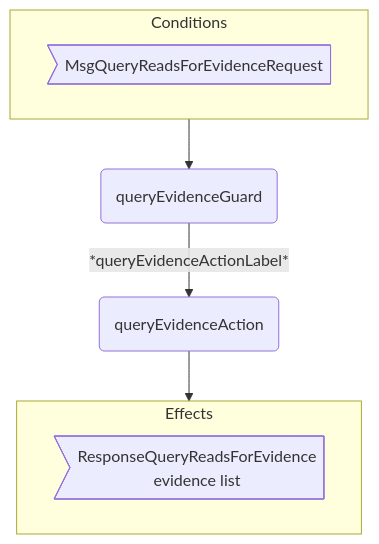
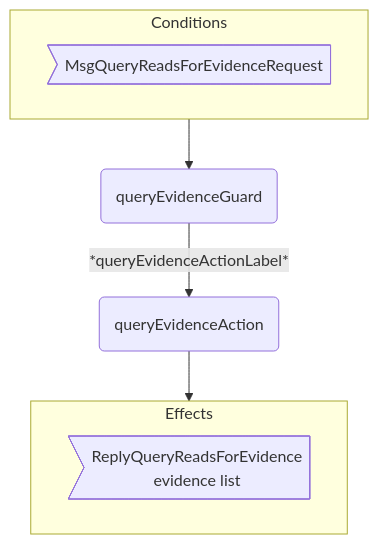
Before and after one commit to anoma/nspec: the third of 3 diagrams in docs/arch/node/engines/reads_for_behaviour.juvix.md, drawn with Mermaid. The commit also changed other lines of this file and 37 other files, not shown here.

Commit message:
Renamed all instances of "Response" to "Reply" in message interfaces for consistency across commitment, decryption, identity management, and other engines.

````diff
--- a/docs/arch/node/engines/reads_for_behaviour.juvix.md
+++ b/docs/arch/node/engines/reads_for_behaviour.juvix.md
@@ -569,15 +569,15 @@
 ```mermaid
 flowchart TD
   subgraph C[Conditions]
     CMsg>MsgQueryReadsForEvidenceRequest]
   end
 
   G(queryEvidenceGuard)
   A(queryEvidenceAction)
 
   C --> G -- *queryEvidenceActionLabel* --> A --> E
 
   subgraph E[Effects]
-    EMsg>ResponseQueryReadsForEvidence<br/>evidence list]
+    EMsg>ReplyQueryReadsForEvidence<br/>evidence list]
   end
 ```
````
